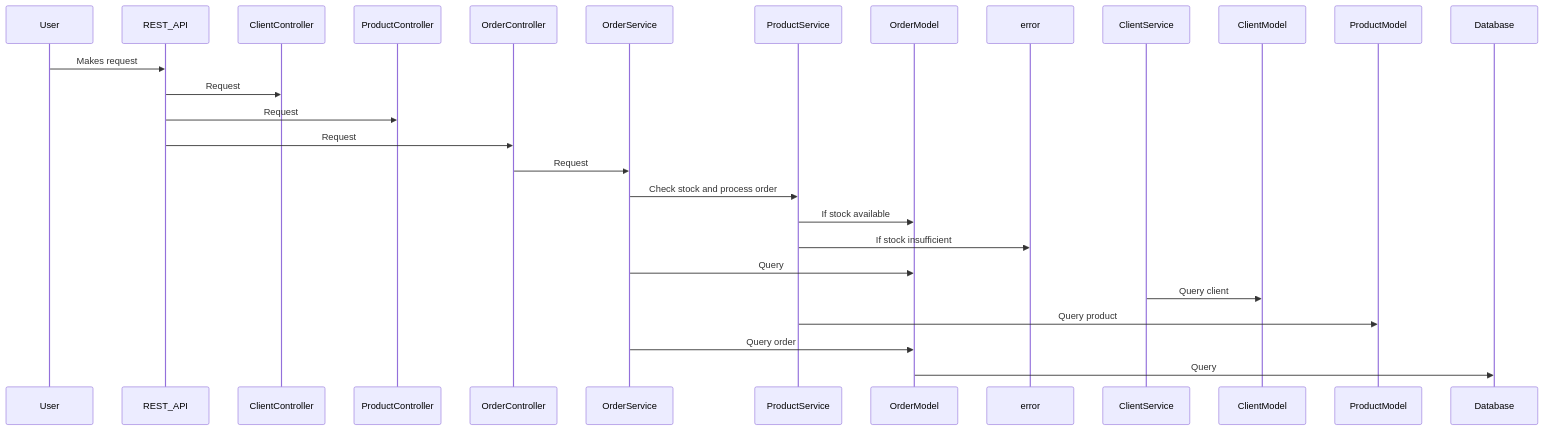
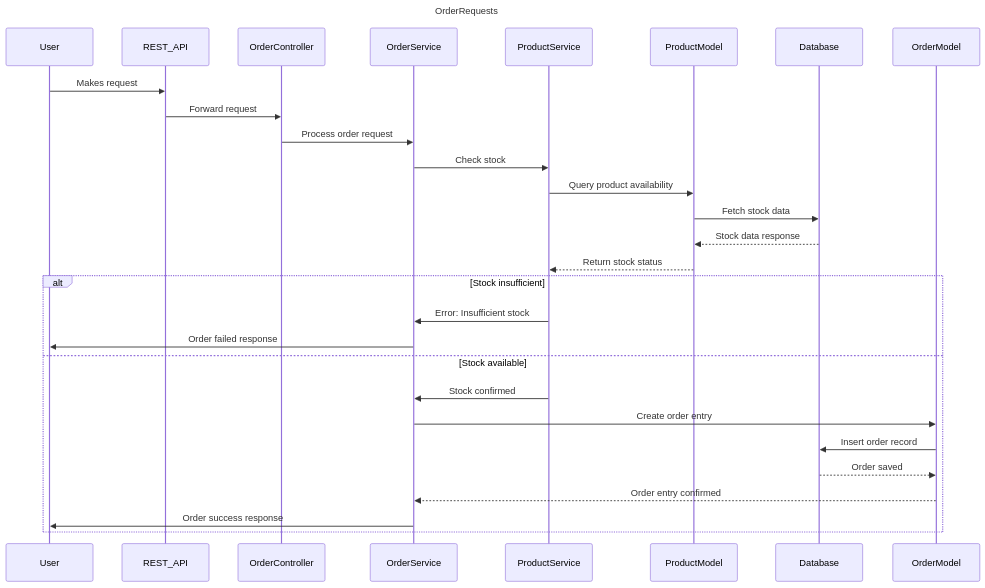
The third of 3 diagrams in DIAGRAMS.md (PhilipLages/xpe-software-architecture-final-challenge), drawn with Mermaid before and after one commit. The commit also changed other lines of this file, not shown here.

Commit message:
refactor: update diagrams to use sequence diagrams for client, product, and order requests

````diff
--- a/DIAGRAMS.md
+++ b/DIAGRAMS.md
@@ -69,16 +47,24 @@
 ```mermaid
 sequenceDiagram
+    title OrderRequests
     User->>REST_API: Makes request
-    REST_API->>ClientController: Request
-    REST_API->>ProductController: Request
-    REST_API->>OrderController: Request
-    OrderController->>OrderService: Request
-    OrderService->>ProductService: Check stock and process order
-    ProductService->>OrderModel: If stock available
-    ProductService->>error: If stock insufficient
-    OrderService->>OrderModel: Query
-    ClientService->>ClientModel: Query client
-    ProductService->>ProductModel: Query product
-    OrderService->>OrderModel: Query order
-    OrderModel->>Database: Query
+    REST_API->>OrderController: Forward request
+    OrderController->>OrderService: Process order request
+    OrderService->>ProductService: Check stock
+    ProductService->>ProductModel: Query product availability
+    ProductModel->>Database: Fetch stock data
+    Database-->>ProductModel: Stock data response
+    ProductModel-->>ProductService: Return stock status
+
+    alt Stock insufficient
+        ProductService->>OrderService: Error: Insufficient stock
+        OrderService->>User: Order failed response
+    else Stock available
+        ProductService->>OrderService: Stock confirmed
+        OrderService->>OrderModel: Create order entry
+        OrderModel->>Database: Insert order record
+        Database-->>OrderModel: Order saved
+        OrderModel-->>OrderService: Order entry confirmed
+        OrderService->>User: Order success response
+    end
 ```
````
